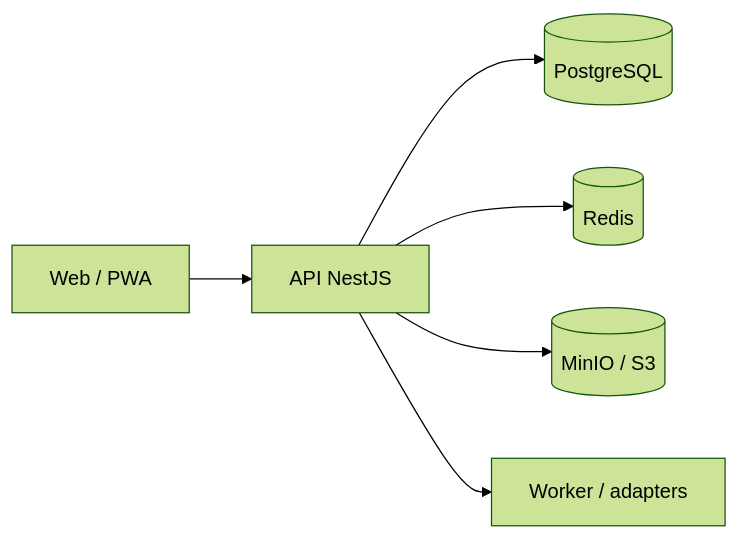
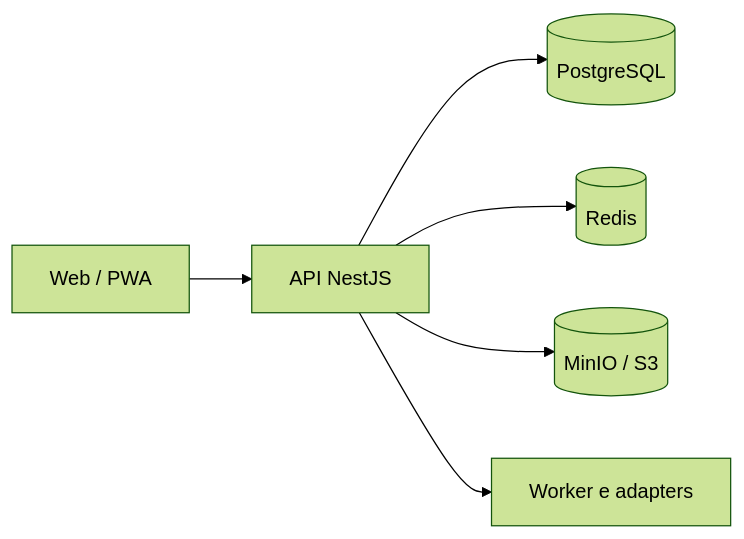
One commit to nicholasrichardsonsecurity/quero-internet changed the diagram in README.md. Above: the diagram before and after it, drawn with Mermaid (forest theme). The commit also changed other lines of this file, not shown here.

````diff
--- a/README.md
+++ b/README.md
@@ -107,8 +121,8 @@
 ```mermaid
 flowchart LR
   WEB[Web / PWA] --> API[API NestJS]
   API --> DB[(PostgreSQL)]
-  API --> CACHE[(Redis)]
-  API --> FILES[(MinIO / S3)]
-  API --> WORKER[Worker / adapters]
+  API --> REDIS[(Redis)]
+  API --> STORAGE[(MinIO / S3)]
+  API --> WORKER[Worker e adapters]
 ```
````
